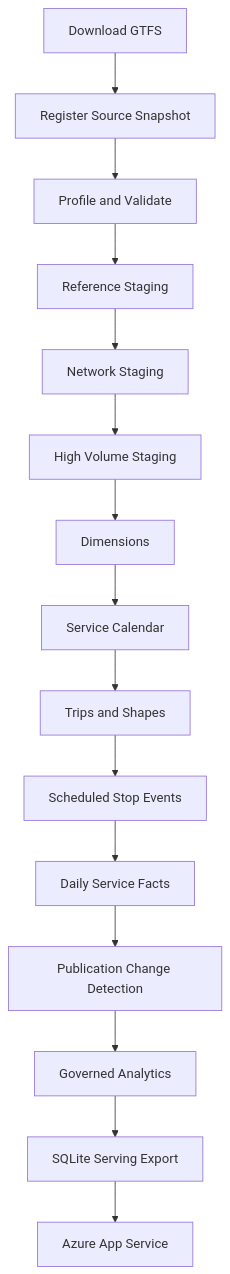
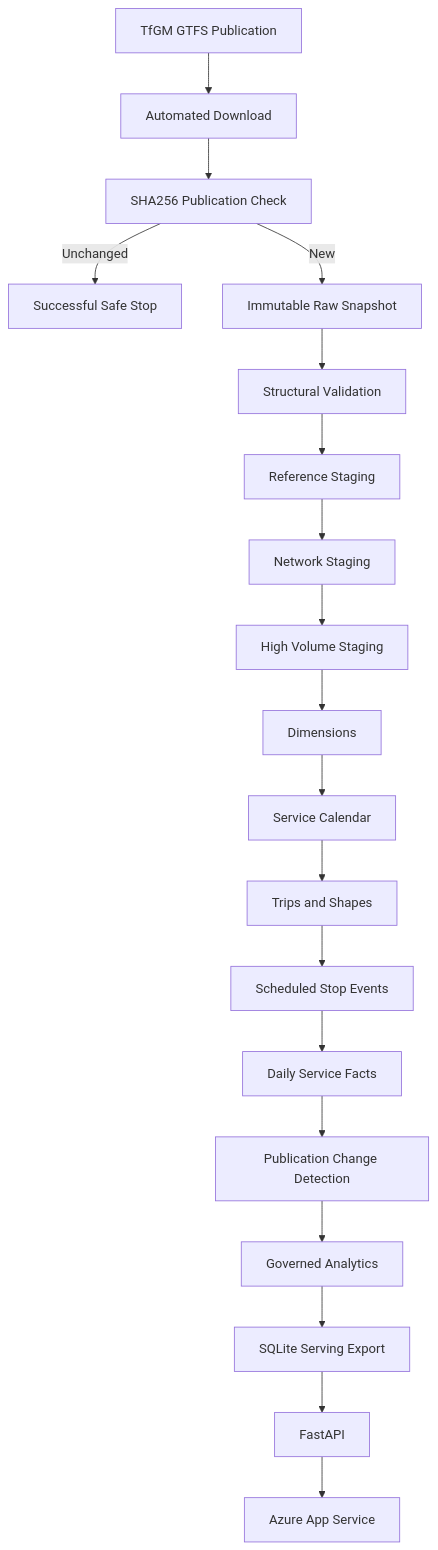
One commit to kamilkenny/greater-manchester-transport-data-platform changed the second of 8 diagrams in README.md. Above: the diagram before and after it, drawn with Mermaid. The commit also changed other lines of this file, not shown here.

````diff
--- a/README.md
+++ b/README.md
@@ -60,18 +57,25 @@
 ```mermaid
 flowchart TD
-    A[Download GTFS] --> B[Register Source Snapshot]
-    B --> C[Profile and Validate]
-    C --> D[Reference Staging]
-    D --> E[Network Staging]
-    E --> F[High Volume Staging]
+    A[TfGM GTFS Publication] --> B[Automated Download]
+    B --> C[SHA256 Publication Check]
 
-    F --> G[Dimensions]
-    G --> H[Service Calendar]
-    H --> I[Trips and Shapes]
-    I --> J[Scheduled Stop Events]
-    J --> K[Daily Service Facts]
-    K --> L[Publication Change Detection]
-    L --> M[Governed Analytics]
-    M --> N[SQLite Serving Export]
-    N --> O[Azure App Service]
+    C -->|Unchanged| D[Successful Safe Stop]
+    C -->|New| E[Immutable Raw Snapshot]
+
+    E --> F[Structural Validation]
+    F --> G[Reference Staging]
+    G --> H[Network Staging]
+    H --> I[High Volume Staging]
+
+    I --> J[Dimensions]
+    J --> K[Service Calendar]
+    K --> L[Trips and Shapes]
+    L --> M[Scheduled Stop Events]
+    M --> N[Daily Service Facts]
+
+    N --> O[Publication Change Detection]
+    O --> P[Governed Analytics]
+    P --> Q[SQLite Serving Export]
+    Q --> R[FastAPI]
+    R --> S[Azure App Service]
 ```
````
